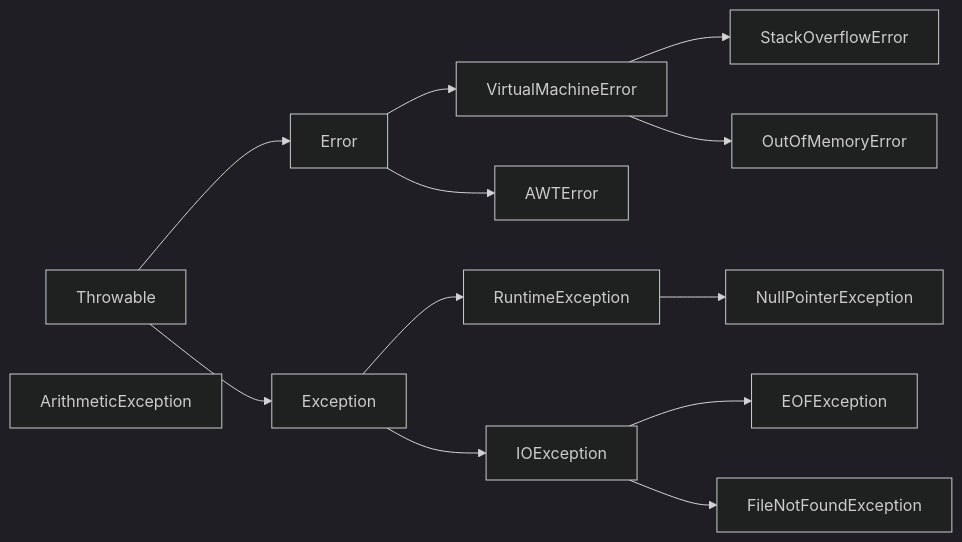
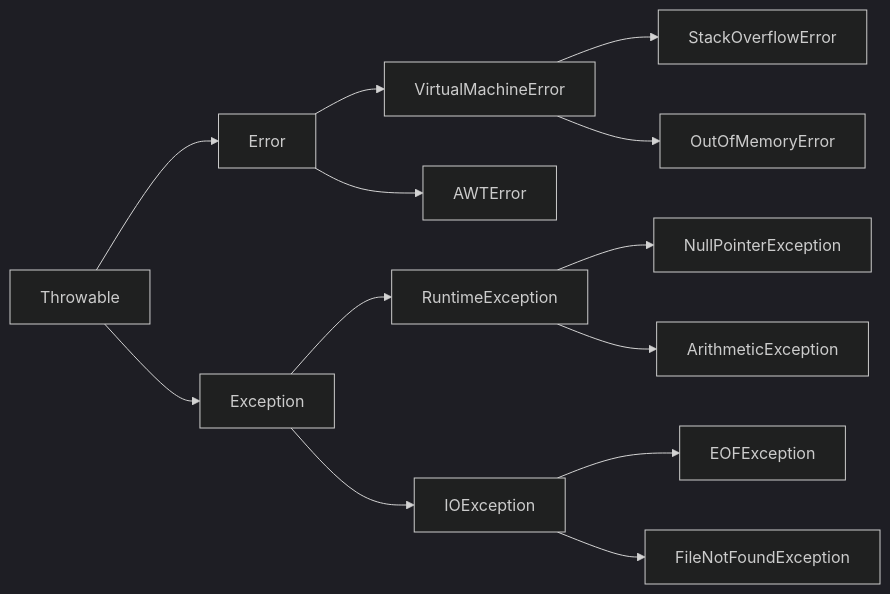
Before and after one commit to GreenBL/Java: the diagram in Lezioni/13Dicembre.md, drawn with Mermaid (dark theme). The commit also changed other lines of this file and 21 other files, not shown here.

````diff
--- a/Lezioni/13Dicembre.md
+++ b/Lezioni/13Dicembre.md
@@ -37,30 +37,31 @@
 ```mermaid
 
 flowchart LR
 A[Throwable];
 B[Error];
 C[Exception];
 D[VirtualMachineError];
 E[AWTError];
 F[StackOverflowError];
 G[OutOfMemoryError];
 H[RuntimeException];
 I[IOException];
 L[ArithmeticException];
 M[NullPointerException];
 N[EOFException];
 O[FileNotFoundException];
 
 A --> B
 A --> C
 B --> D
 B --> E
 C --> H
 C --> I
 D --> F
 D --> G
 H --> M
 I --> N
 I --> O
+H --> L 
 
 ```
````
